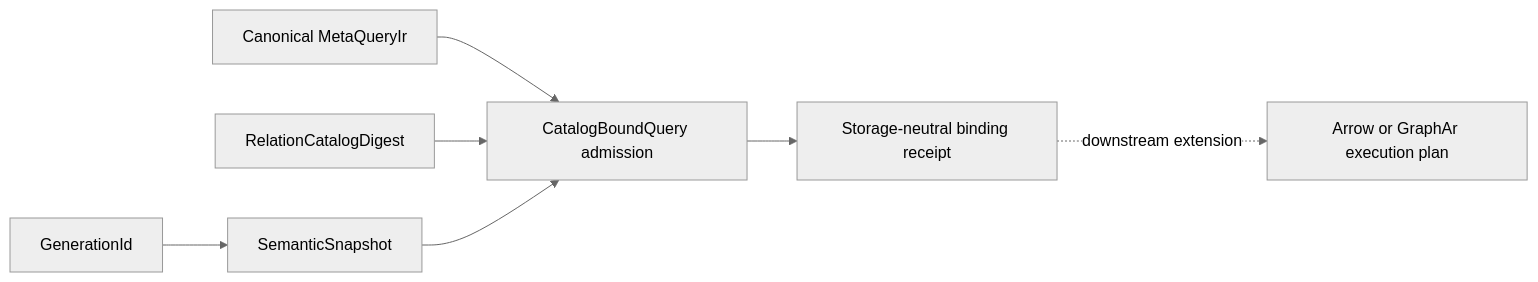
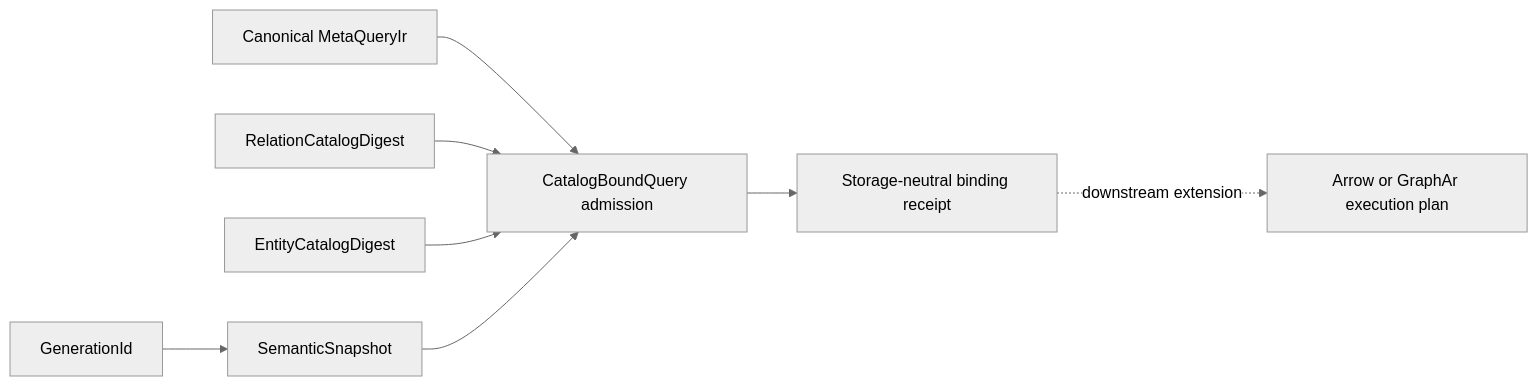
Before and after one commit to tao3k/meta-relational-reasoning: the diagram in docs/architecture/0029-relation-catalog-query-binding.org, drawn with Mermaid (neutral theme). The commit also changed other lines of this file and 20 other files, not shown here.

```diff
--- a/docs/architecture/0029-relation-catalog-query-binding.org
+++ b/docs/architecture/0029-relation-catalog-query-binding.org
@@ -14,9 +15,10 @@
 #+begin_src mermaid
 flowchart LR
   Q[Canonical MetaQueryIr] --> B[CatalogBoundQuery admission]
   C[RelationCatalogDigest] --> B
+  E[EntityCatalogDigest] --> B
   S[SemanticSnapshot] --> B
   G[GenerationId] --> S
   B --> R[Storage-neutral binding receipt]
   R -. downstream extension .-> D[Arrow or GraphAr execution plan]
 #+end_src
```
